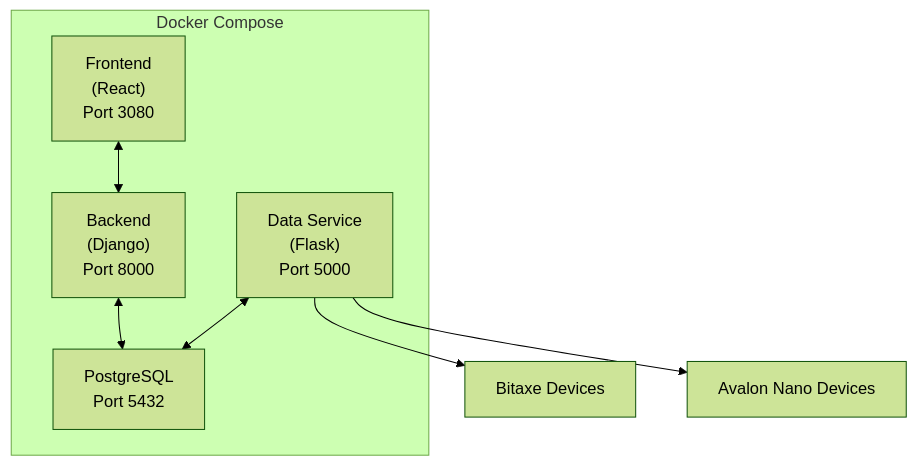
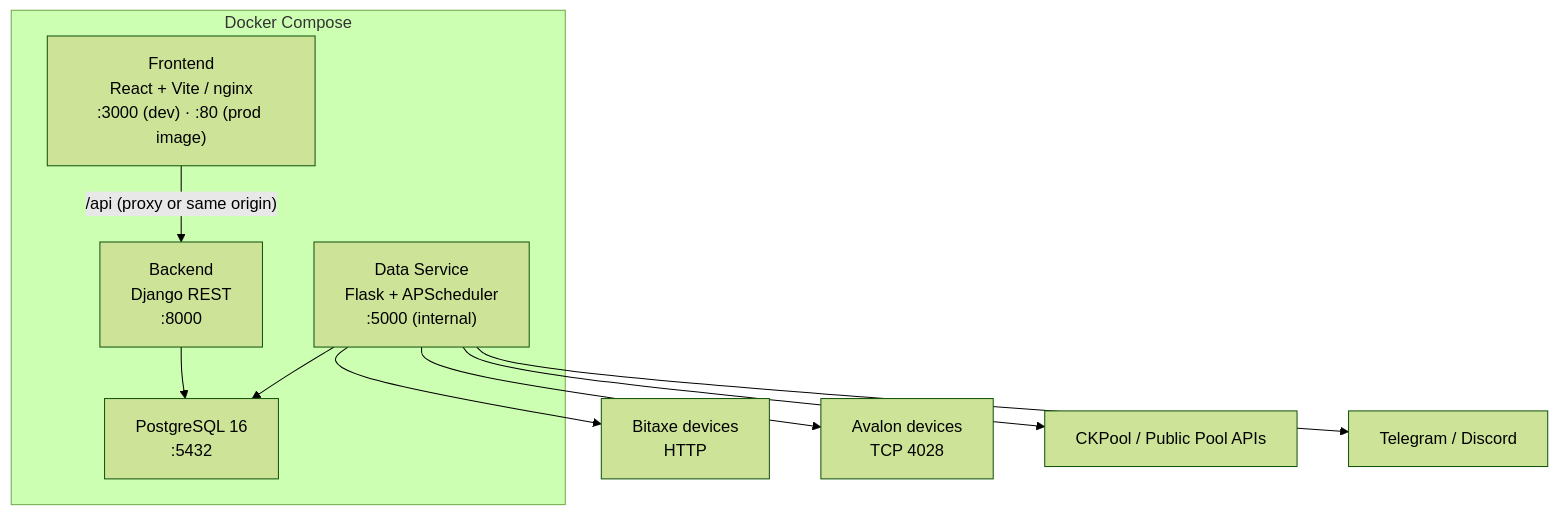
Before and after one commit to dcbert/miner-sentinel: the diagram in README.md, drawn with Mermaid (forest theme). The commit also changed other lines of this file and 41 other files, not shown here.

First line of the commit message:
feat: unify device management for Bitaxe and Avalon in SettingsPage

````diff
--- a/README.md
+++ b/README.md
@@ -135,15 +107,17 @@
 ```mermaid
 graph TB
     subgraph Docker["Docker Compose"]
-        FE["Frontend<br/>(React)<br/>Port 3080"]
-        BE["Backend<br/>(Django)<br/>Port 8000"]
-        DS["Data Service<br/>(Flask)<br/>Port 5000"]
-        DB["PostgreSQL<br/>Port 5432"]
+        FE["Frontend<br/>React + Vite / nginx<br/>:3000 (dev) · :80 (prod image)"]
+        BE["Backend<br/>Django REST<br/>:8000"]
+        DS["Data Service<br/>Flask + APScheduler<br/>:5000 (internal)"]
+        DB["PostgreSQL 16<br/>:5432"]
     end
 
-    FE <--> BE
-    BE <--> DB
-    DS <--> DB
-    DS --> Bitaxe["Bitaxe Devices"]
-    DS --> Avalon["Avalon Nano Devices"]
+    FE -->|"/api (proxy or same origin)"| BE
+    BE --> DB
+    DS --> DB
+    DS --> Bitaxe["Bitaxe devices<br/>HTTP"]
+    DS --> Avalon["Avalon devices<br/>TCP 4028"]
+    DS --> Pools["CKPool / Public Pool APIs"]
+    DS --> Notify["Telegram / Discord"]
 ```
````
